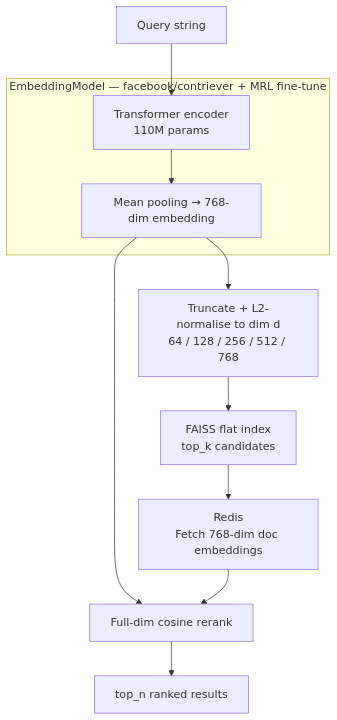
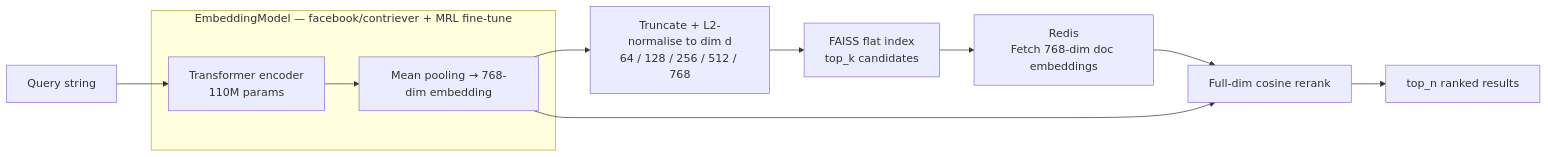
Before and after one commit to abdullahhrashid/elastic-matryoshka-embeddings: the diagram in README.md, drawn with Mermaid. The commit also changed other lines of this file, not shown here.

Commit message:
fixed architecture diagram

````diff
--- a/README.md
+++ b/README.md
@@ -31,17 +31,28 @@
 ```mermaid
-flowchart TD
-    Q["Query string"] --> ENC
+flowchart LR
+    %% Define Nodes
+    Q["Query string"]
+    ENC["Transformer encoder<br>110M params"]
+    POOL["Mean pooling → 768-dim embedding"]
+    TRUNC["Truncate + L2-normalise to dim d<br>64 / 128 / 256 / 512 / 768"]
+    FAISS["FAISS flat index<br>top_k candidates"]
+    REDIS["Redis<br>Fetch 768-dim doc embeddings"]
+    RERANK["Full-dim cosine rerank"]
+    OUT["top_n ranked results"]
+
+    %% Define Graph Connections
+    Q --> ENC
 
     subgraph MODEL ["EmbeddingModel — facebook/contriever + MRL fine-tune"]
-        ENC["Transformer encoder\n110M params"] --> POOL["Mean pooling → 768-dim embedding"]
+        ENC --> POOL
     end
 
-    POOL --> TRUNC["Truncate + L2-normalise to dim d\n64 / 128 / 256 / 512 / 768"]
-    TRUNC --> FAISS["FAISS flat index\ntop_k candidates"]
-
+    POOL --> TRUNC
+    TRUNC --> FAISS
+    FAISS --> REDIS
+    REDIS --> RERANK
+    
     POOL --> RERANK
-
-    FAISS --> REDIS["Redis\nFetch 768-dim doc embeddings"]
-    REDIS --> RERANK["Full-dim cosine rerank"]
-    RERANK --> OUT["top_n ranked results"]
+    
+    RERANK --> OUT
 ```
````
